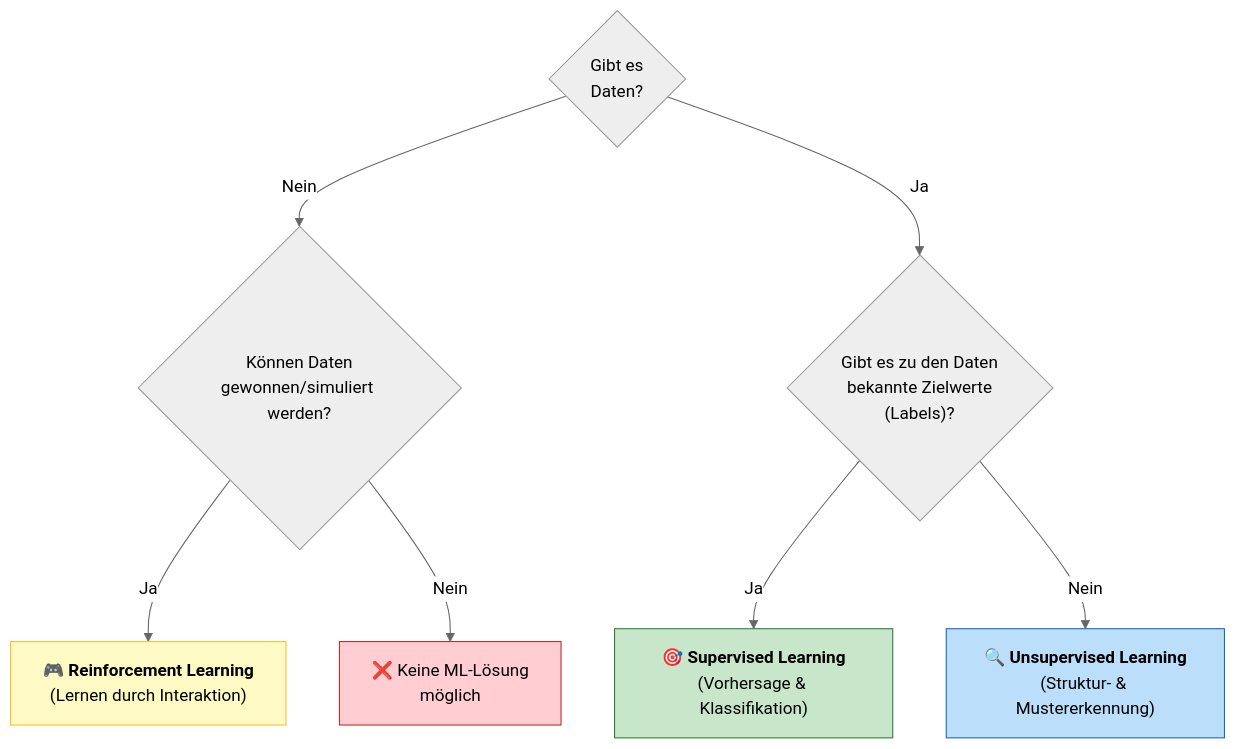
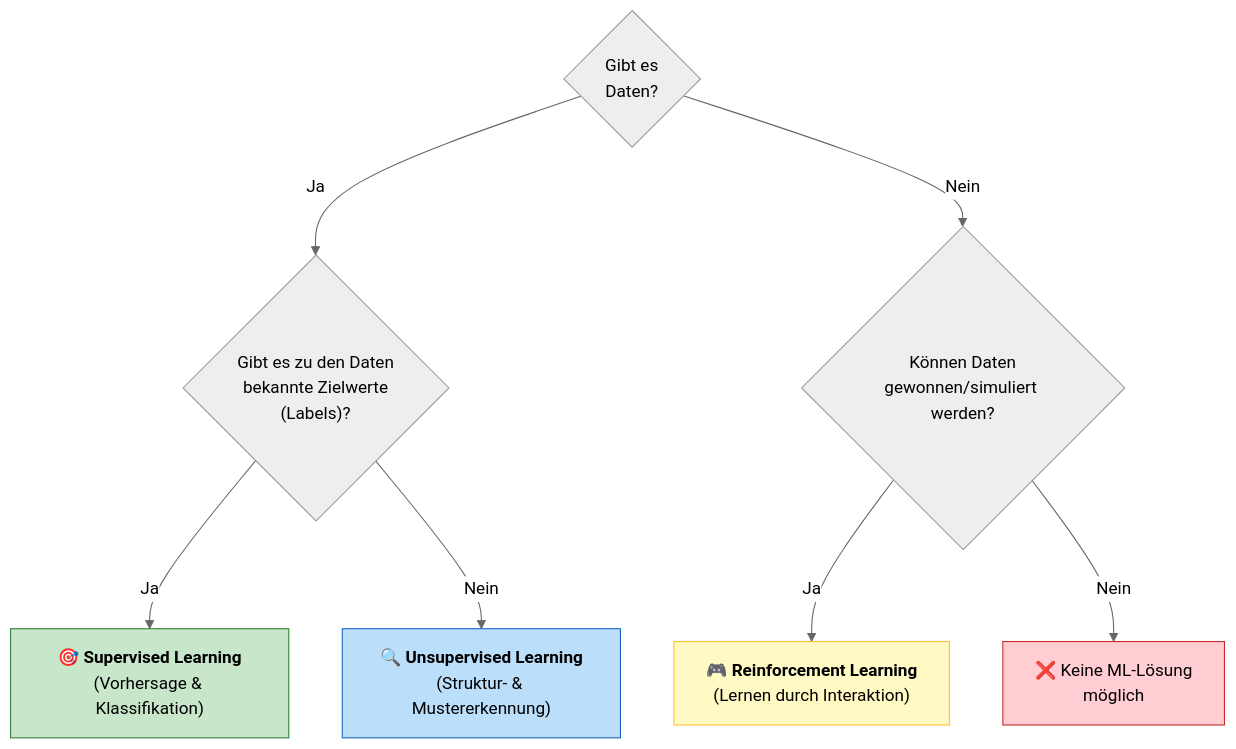
The fourth of 14 diagrams in docs/concepts/grundlagen/machine_learning_grundlagen.md (ralf-42/ML_Intro), drawn with Mermaid (neutral theme) before and after one commit. The commit also changed other lines of this file and 3 other files, not shown here.

````diff
--- a/docs/concepts/grundlagen/machine_learning_grundlagen.md
+++ b/docs/concepts/grundlagen/machine_learning_grundlagen.md
@@ -171,22 +174,23 @@
 ```mermaid
 flowchart TD
     %% Startpunkt
     Q1{"Gibt es <br/>Daten?"}
+    
+    %% Zweig: Daten vorhanden
+    Q1 -- "Ja" --> Q2{"Gibt es zu den Daten<br/>bekannte Zielwerte<br/>(Labels)?"}
+    
+    Q2 -- "Ja" --> SL["🎯 <b>Supervised Learning</b><br/>(Vorhersage & Klassifikation)"]
+    Q2 -- "Nein" --> UL["🔍 <b>Unsupervised Learning</b><br/>(Struktur- & Mustererkennung)"]
 
     %% Zweig: Keine Daten vorhanden
     Q1 -- "Nein" --> Q_Env{"Können Daten<br/>gewonnen/simuliert werden?"}
     Q_Env -- "Ja" --> RL["🎮 <b>Reinforcement Learning</b><br/>(Lernen durch Interaktion)"]
     Q_Env -- "Nein" --> NO["❌ Keine ML-Lösung<br/>möglich"]
 
-    %% Zweig: Daten vorhanden
-    Q1 -- "Ja" --> Q2{"Gibt es zu den Daten<br/>bekannte Zielwerte<br/>(Labels)?"}
-    
-    Q2 -- "Ja" --> SL["🎯 <b>Supervised Learning</b><br/>(Vorhersage & Klassifikation)"]
-    Q2 -- "Nein" --> UL["🔍 <b>Unsupervised Learning</b><br/>(Struktur- & Mustererkennung)"]
 
     %% Styling
     style SL fill:#c8e6c9,stroke:#2e7d32
     style UL fill:#bbdefb,stroke:#1565c0
     style RL fill:#fff9c4,stroke:#fbc02d
     style NO fill:#ffcdd2,stroke:#c62828
 ```
````
